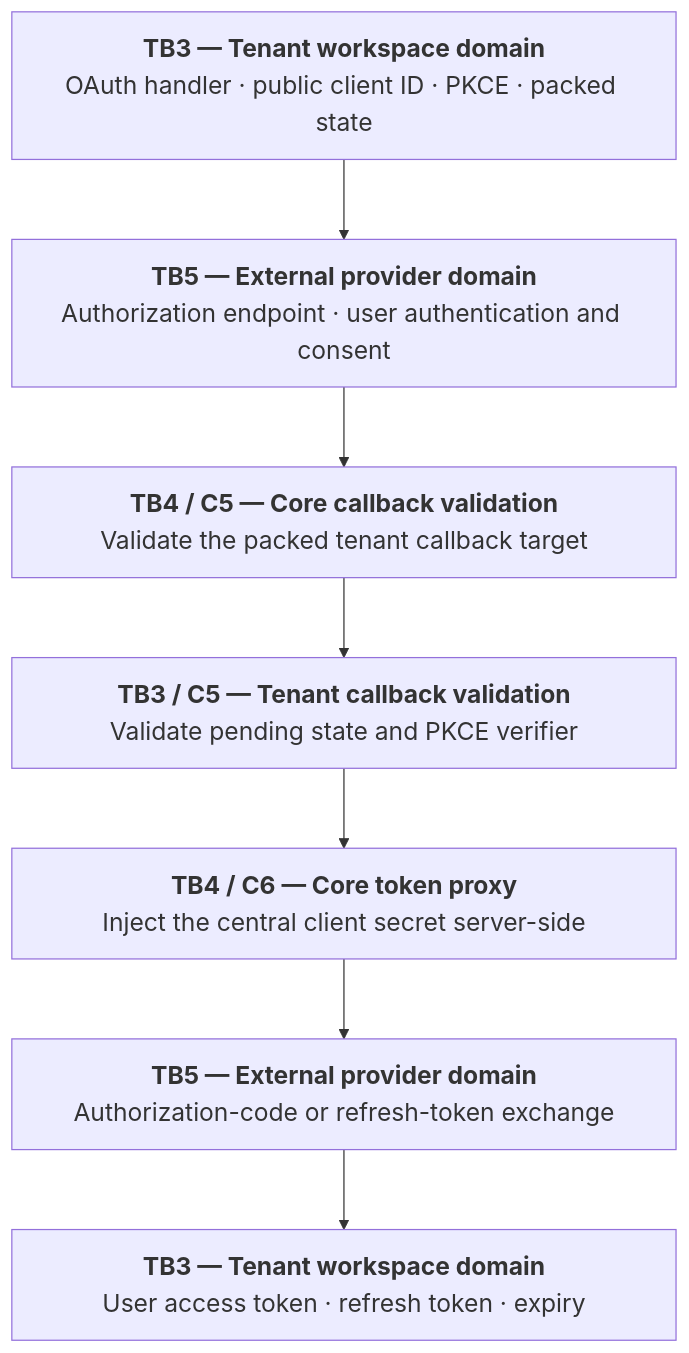
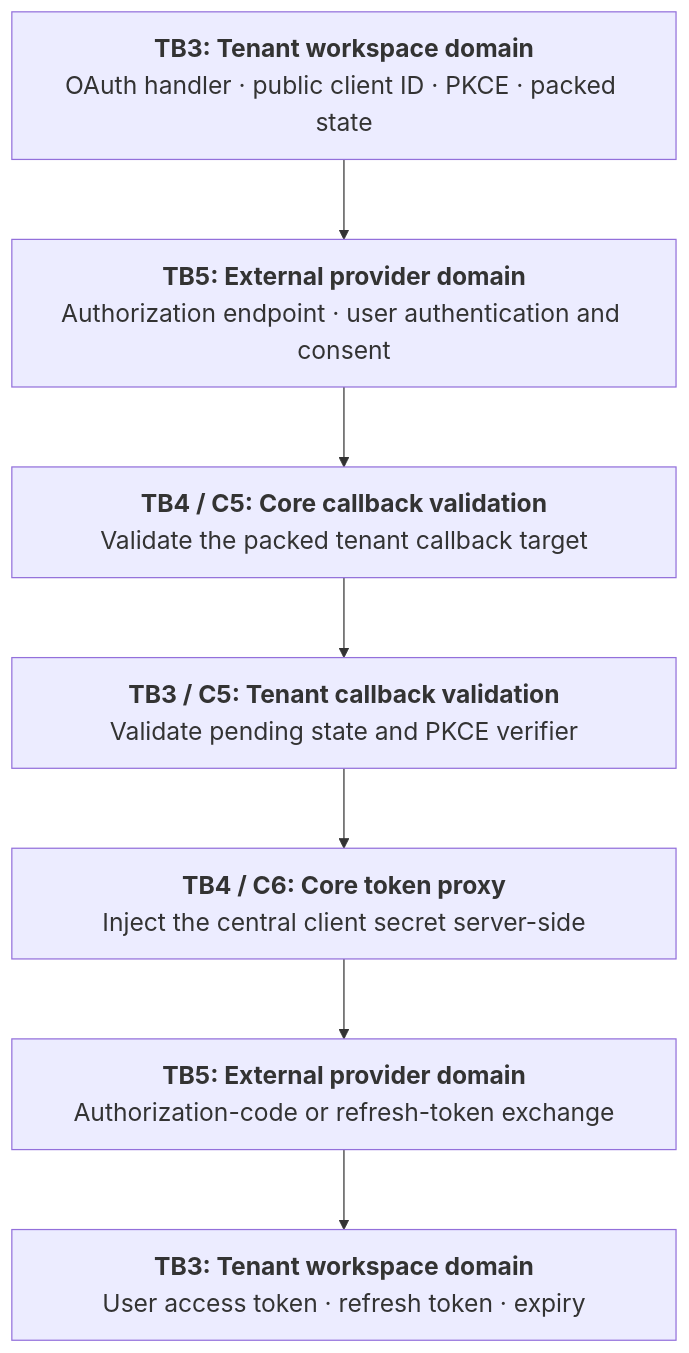
The fourth of 4 diagrams in apps-store/marketplace/connectors/architecture.mdx (prismeai/docs), drawn with Mermaid before and after one commit. The commit also changed other lines of this file and 138 other files, not shown here.

````diff
--- a/apps-store/marketplace/connectors/architecture.mdx
+++ b/apps-store/marketplace/connectors/architecture.mdx
@@ -198,18 +198,18 @@
 ```mermaid
 %%{init: {"themeVariables": {"fontSize": "20px"}, "flowchart": {"nodeSpacing": 45, "rankSpacing": 65, "wrappingWidth": 480}}}%%
 flowchart TB
-  Connect["<span style='display:inline-block;width:480px'><b>TB3 — Tenant workspace domain</b><br/>OAuth handler · public client ID · PKCE · packed state</span>"]
-  Authorize["<span style='display:inline-block;width:480px'><b>TB5 — External provider domain</b><br/>Authorization endpoint · user authentication and consent</span>"]
-  CoreCallback["<span style='display:inline-block;width:480px'><b>TB4 / C5 — Core callback validation</b><br/>Validate the packed tenant callback target</span>"]
-  TenantCallback["<span style='display:inline-block;width:480px'><b>TB3 / C5 — Tenant callback validation</b><br/>Validate pending state and PKCE verifier</span>"]
-  Proxy["<span style='display:inline-block;width:480px'><b>TB4 / C6 — Core token proxy</b><br/>Inject the central client secret server-side</span>"]
-  TokenEndpoint["<span style='display:inline-block;width:480px'><b>TB5 — External provider domain</b><br/>Authorization-code or refresh-token exchange</span>"]
-  Tokens["<span style='display:inline-block;width:480px'><b>TB3 — Tenant workspace domain</b><br/>User access token · refresh token · expiry</span>"]
+  Connect["<span style='display:inline-block;width:480px'><b>TB3: Tenant workspace domain</b><br/>OAuth handler · public client ID · PKCE · packed state</span>"]
+  Authorize["<span style='display:inline-block;width:480px'><b>TB5: External provider domain</b><br/>Authorization endpoint · user authentication and consent</span>"]
+  CoreCallback["<span style='display:inline-block;width:480px'><b>TB4 / C5: Core callback validation</b><br/>Validate the packed tenant callback target</span>"]
+  TenantCallback["<span style='display:inline-block;width:480px'><b>TB3 / C5: Tenant callback validation</b><br/>Validate pending state and PKCE verifier</span>"]
+  Proxy["<span style='display:inline-block;width:480px'><b>TB4 / C6: Core token proxy</b><br/>Inject the central client secret server-side</span>"]
+  TokenEndpoint["<span style='display:inline-block;width:480px'><b>TB5: External provider domain</b><br/>Authorization-code or refresh-token exchange</span>"]
+  Tokens["<span style='display:inline-block;width:480px'><b>TB3: Tenant workspace domain</b><br/>User access token · refresh token · expiry</span>"]
 
   Connect --> Authorize
   Authorize --> CoreCallback
   CoreCallback --> TenantCallback
   TenantCallback --> Proxy
   Proxy --> TokenEndpoint
   TokenEndpoint --> Tokens
 ```
````
